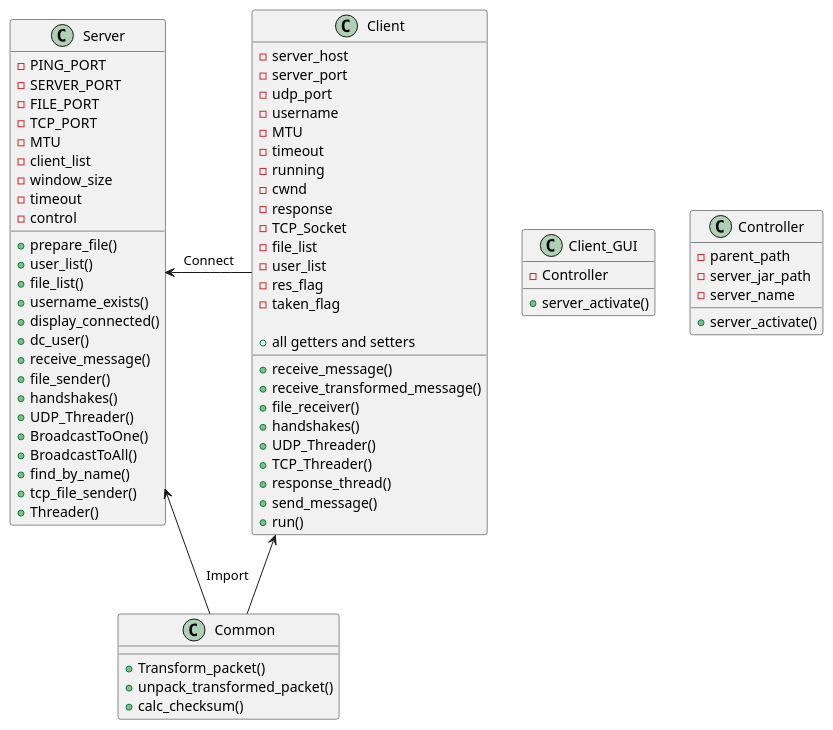
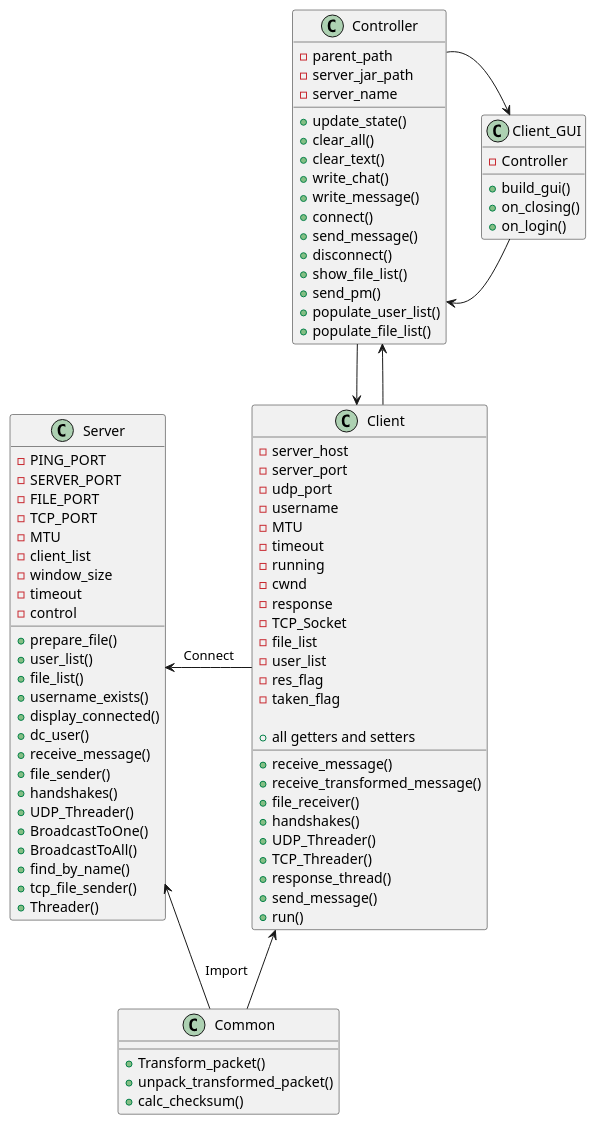
One commit to YuvalBubnovsky/Chat-Messenger changed the diagram in Diagrams/UML_Diagram.puml. Above: the diagram before and after it, drawn with PlantUML. The commit also changed 3 other files, not shown here.

Commit message:
Added diagrams, updated Readme

```diff
--- a/Diagrams/UML_Diagram.puml
+++ b/Diagrams/UML_Diagram.puml
@@ -1,89 +1,107 @@
 @startuml
 class Client
 class Server
 class Common
 class Client_GUI
 class Controller
 
 
 class Client{
 - server_host
 - server_port
 - udp_port
 - username
 - MTU
 - timeout
 - running
 - cwnd
 - response
 - TCP_Socket
 - file_list
 - user_list
 - res_flag
 - taken_flag
 
 + all getters and setters
 
 + receive_message()
 + receive_transformed_message()
 + file_receiver()
 + handshakes()
 + UDP_Threader()
 + TCP_Threader()
 + response_thread()
 + send_message()
 + run()
 }
 class Common{
 
 + Transform_packet()
 + unpack_transformed_packet()
 + calc_checksum()
 
 }
 
 class Client_GUI{
 - Controller
-+ server_activate()
++ build_gui()
++ on_closing()
++ on_login()
+
 }
 
 class Controller{
 - parent_path
 - server_jar_path
 - server_name
-+ server_activate()
++ update_state()
++ clear_all()
++ clear_text()
++ write_chat()
++ write_message()
++ connect()
++ send_message()
++ disconnect()
++ show_file_list()
++ send_pm()
++ populate_user_list()
++ populate_file_list()
 }
 
 class Server{
 - PING_PORT
 - SERVER_PORT
 - FILE_PORT
 - TCP_PORT
 - MTU
 - client_list
 - window_size
 - timeout
 - control
 
 + prepare_file()
 + user_list()
 + file_list()
 + username_exists()
 + display_connected()
 + dc_user()
 + receive_message()
 + file_sender()
 + handshakes()
 + UDP_Threader()
 + BroadcastToOne()
 + BroadcastToAll()
 + find_by_name()
 + tcp_file_sender()
 + Threader()
 
 }
 Server <- Client : Connect
 Server <--Common : "  Import"
 Client <--Common
+Controller <--Client_GUI
+Controller -> Client_GUI
+Controller --> Client
+Controller <-- Client
 
 @enduml
```
